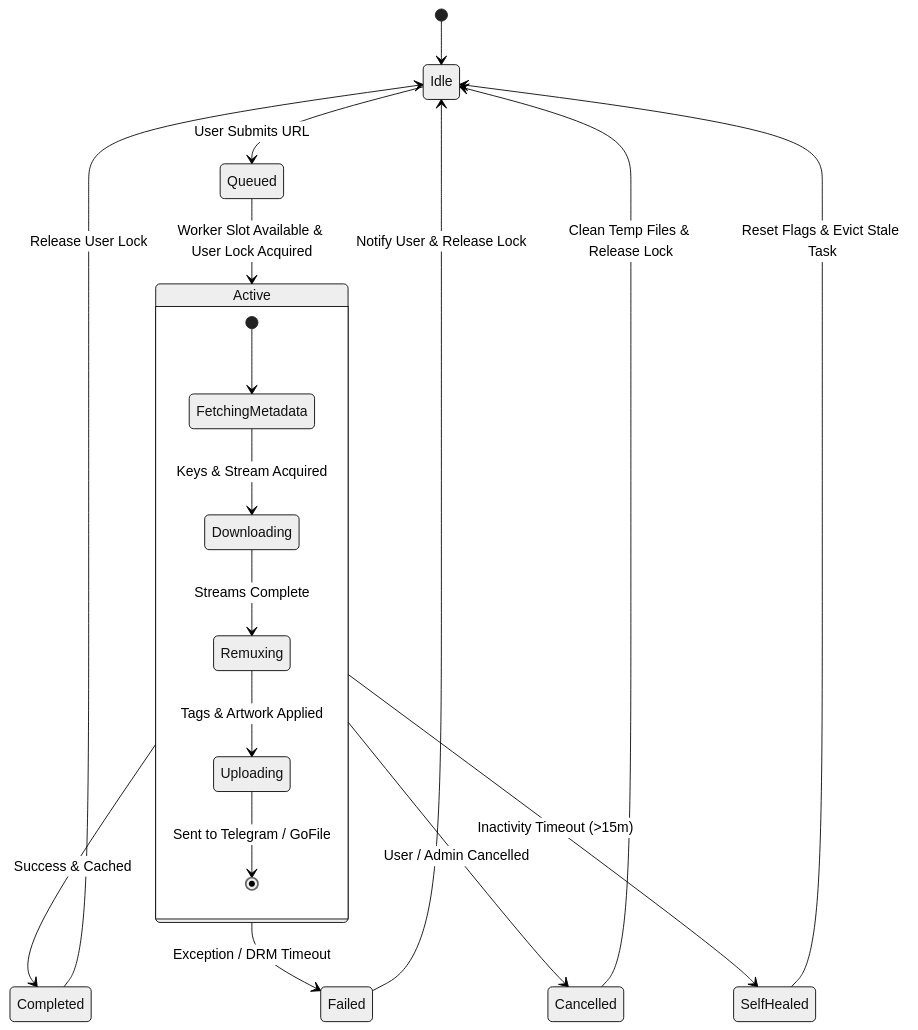
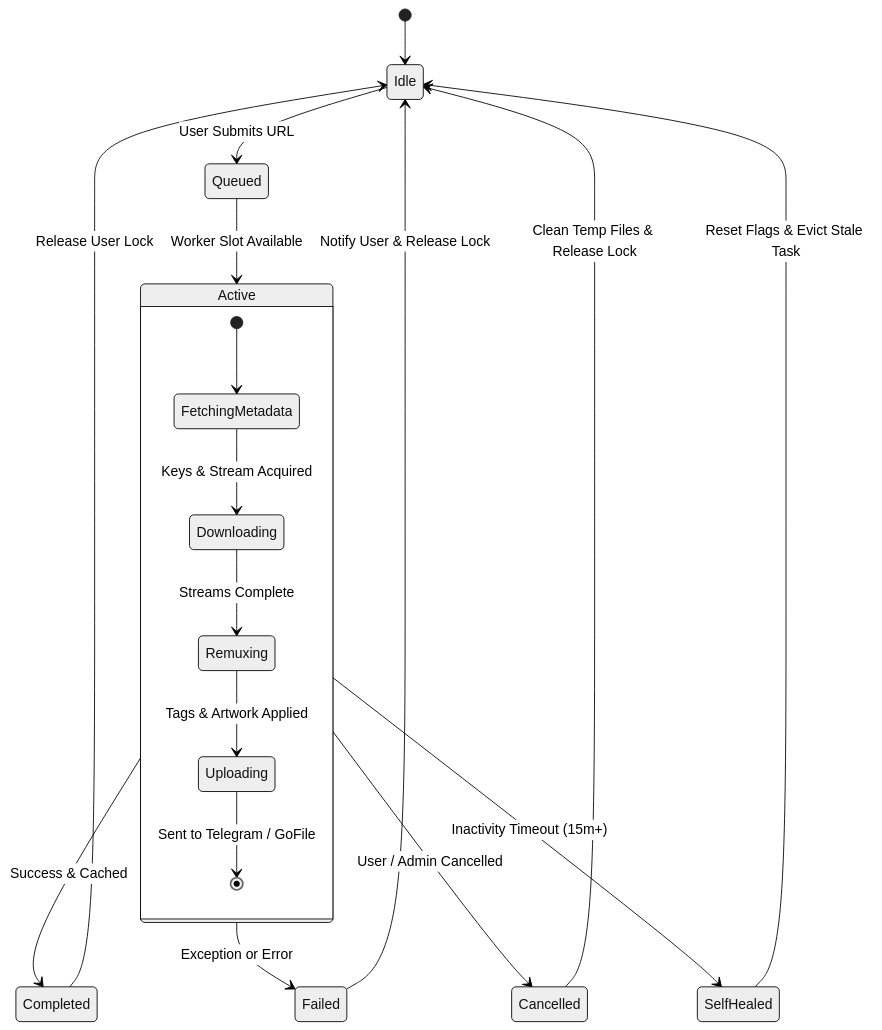
The third of 5 diagrams in readme.md (eepyyyy/Telegram_bot), drawn with Mermaid (neutral theme) before and after one commit. The commit also changed other lines of this file and 10 other files, not shown here.

Commit message:
docs: fix Mermaid syntax, add database schema & access details, organize tests/scripts

````diff
--- a/readme.md
+++ b/readme.md
@@ -143,25 +139,25 @@
 ```mermaid
 stateDiagram-v2
     [*] --> Idle
 
     Idle --> Queued: User Submits URL
-    Queued --> Active: Worker Slot Available & User Lock Acquired
+    Queued --> Active: Worker Slot Available
     
     state Active {
         [*] --> FetchingMetadata
         FetchingMetadata --> Downloading: Keys & Stream Acquired
         Downloading --> Remuxing: Streams Complete
         Remuxing --> Uploading: Tags & Artwork Applied
         Uploading --> [*]: Sent to Telegram / GoFile
     }
 
     Active --> Completed: Success & Cached
-    Active --> Failed: Exception / DRM Timeout
+    Active --> Failed: Exception or Error
     Active --> Cancelled: User / Admin Cancelled
-    Active --> SelfHealed: Inactivity Timeout (>15m)
+    Active --> SelfHealed: Inactivity Timeout (15m+)
 
     Completed --> Idle: Release User Lock
     Failed --> Idle: Notify User & Release Lock
     Cancelled --> Idle: Clean Temp Files & Release Lock
     SelfHealed --> Idle: Reset Flags & Evict Stale Task
 ```
````
